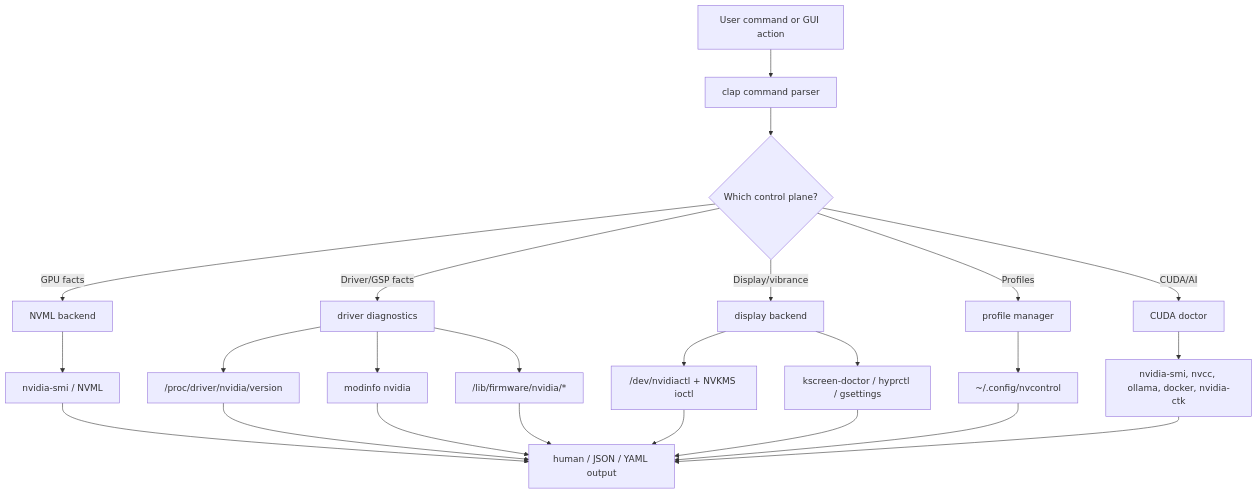
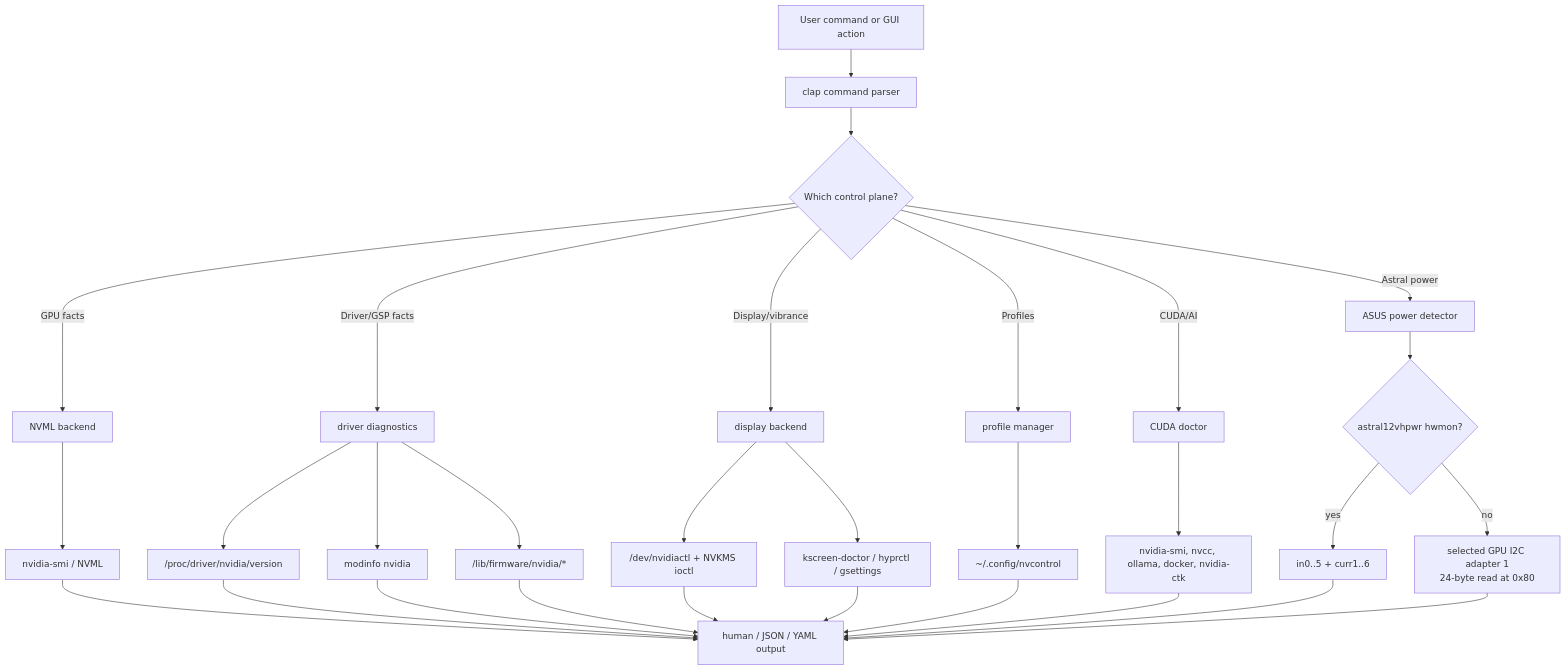
One commit to GhostKellz/nvcontrol changed the first of 7 diagrams in docs/internals/runtime-flows.md. Above: the diagram before and after it, drawn with Mermaid. The commit also changed other lines of this file and 66 other files, not shown here.

````diff
--- a/docs/internals/runtime-flows.md
+++ b/docs/internals/runtime-flows.md
@@ -9,29 +9,35 @@
 ```mermaid
 flowchart TD
     user["User command or GUI action"] --> parser["clap command parser"]
     parser --> route{"Which control plane?"}
 
     route -->|"GPU facts"| nvml["NVML backend"]
     route -->|"Driver/GSP facts"| driver["driver diagnostics"]
     route -->|"Display/vibrance"| display["display backend"]
     route -->|"Profiles"| profiles["profile manager"]
     route -->|"CUDA/AI"| cuda["CUDA doctor"]
+    route -->|"Astral power"| asus["ASUS power detector"]
 
     nvml --> smi["nvidia-smi / NVML"]
     driver --> proc["/proc/driver/nvidia/version"]
     driver --> modinfo["modinfo nvidia"]
     driver --> firmware["/lib/firmware/nvidia/*"]
     display --> nvkms["/dev/nvidiactl + NVKMS ioctl"]
     display --> compositor["kscreen-doctor / hyprctl / gsettings"]
     profiles --> xdg["~/.config/nvcontrol"]
     cuda --> tools["nvidia-smi, nvcc, ollama, docker, nvidia-ctk"]
+    asus --> source{"astral12vhpwr hwmon?"}
+    source -->|yes| hwmon["in0..5 + curr1..6"]
+    source -->|no| smbus["selected GPU I2C adapter 1\n24-byte read at 0x80"]
 
     smi --> report["human / JSON / YAML output"]
     proc --> report
     modinfo --> report
     firmware --> report
     nvkms --> report
     compositor --> report
     xdg --> report
     tools --> report
+    hwmon --> report
+    smbus --> report
 ```
````
